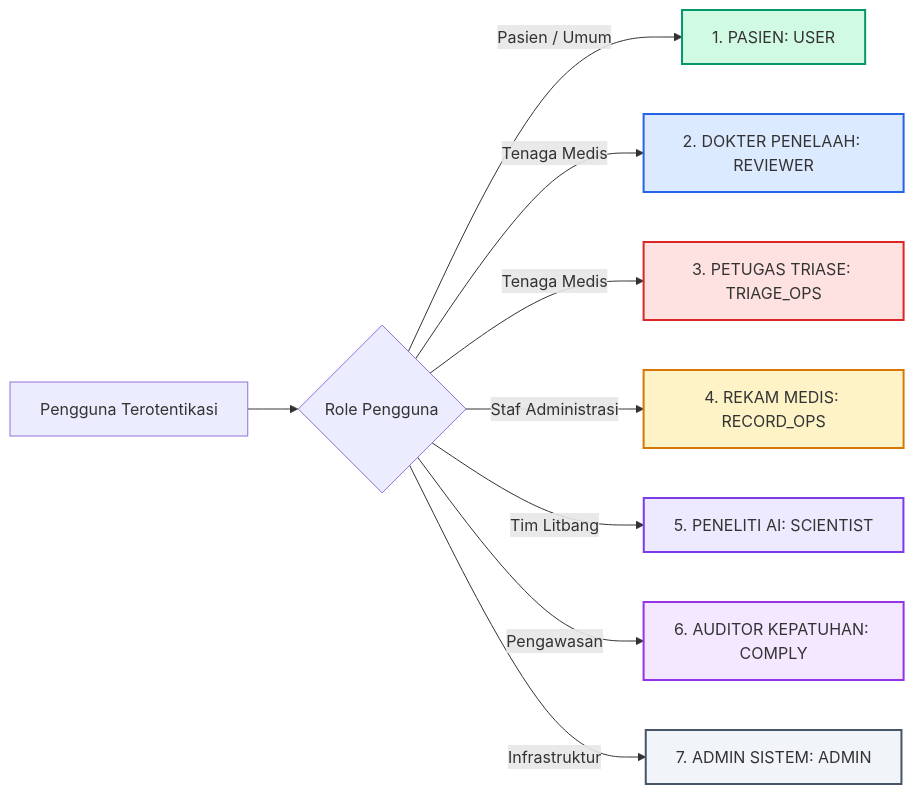
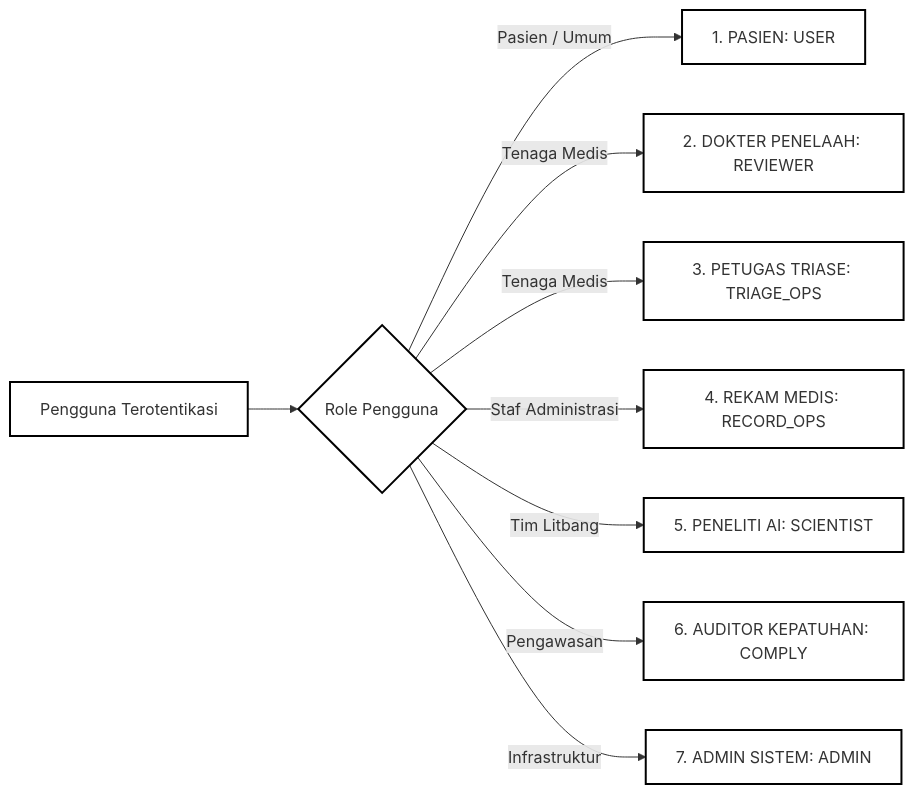
The diagram in docs/readme/README.md (not162/record-medical-development), drawn with Mermaid before and after one commit. The commit also changed 3 other files, not shown here.

Commit message:
style(diagrams): convert all diagrams, tables, and interactive suite to pure monochrome black-and-white

````diff
--- a/docs/readme/README.md
+++ b/docs/readme/README.md
@@ -57,19 +57,21 @@
 ```mermaid
 graph LR
     A[Pengguna Terotentikasi] --> B{Role Pengguna}
     B -->|Pasien / Umum| P1[1. PASIEN: USER]
     B -->|Tenaga Medis| P2[2. DOKTER PENELAAH: REVIEWER]
     B -->|Tenaga Medis| P3[3. PETUGAS TRIASE: TRIAGE_OPS]
     B -->|Staf Administrasi| P4[4. REKAM MEDIS: RECORD_OPS]
     B -->|Tim Litbang| P5[5. PENELITI AI: SCIENTIST]
     B -->|Pengawasan| P6[6. AUDITOR KEPATUHAN: COMPLY]
     B -->|Infrastruktur| P7[7. ADMIN SISTEM: ADMIN]
 
-    style P1 fill:#d1fae5,stroke:#059669,stroke-width:2px;
-    style P2 fill:#dbeafe,stroke:#2563eb,stroke-width:2px;
-    style P3 fill:#fee2e2,stroke:#dc2626,stroke-width:2px;
-    style P4 fill:#fef3c7,stroke:#d97706,stroke-width:2px;
-    style P5 fill:#ede9fe,stroke:#7c3aed,stroke-width:2px;
-    style P6 fill:#f3e8ff,stroke:#9333ea,stroke-width:2px;
-    style P7 fill:#f1f5f9,stroke:#475569,stroke-width:2px;
+    style A fill:#ffffff,stroke:#000000,stroke-width:2px;
+    style B fill:#ffffff,stroke:#000000,stroke-width:2px;
+    style P1 fill:#ffffff,stroke:#000000,stroke-width:2px;
+    style P2 fill:#ffffff,stroke:#000000,stroke-width:2px;
+    style P3 fill:#ffffff,stroke:#000000,stroke-width:2px;
+    style P4 fill:#ffffff,stroke:#000000,stroke-width:2px;
+    style P5 fill:#ffffff,stroke:#000000,stroke-width:2px;
+    style P6 fill:#ffffff,stroke:#000000,stroke-width:2px;
+    style P7 fill:#ffffff,stroke:#000000,stroke-width:2px;
 ```
````
